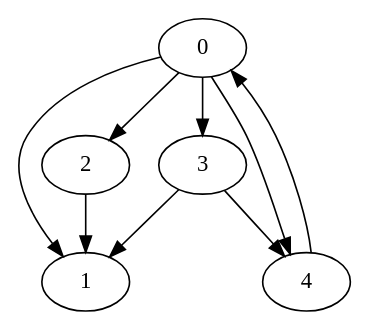
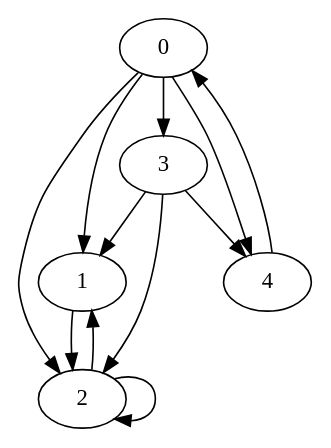
The diagram in output/graph/graph.dot (ToavinaJr/data_structure_graphe), drawn with Graphviz before and after one commit. The commit also changed 5 other files, not shown here.

```diff
--- a/output/graph/graph.dot
+++ b/output/graph/graph.dot
@@ -1,10 +1,13 @@
 digraph G {
     0 -> 1;
     0 -> 2;
     0 -> 3;
     0 -> 4;
+    1 -> 2;
     2 -> 1;
+    2 -> 2;
     3 -> 1;
+    3 -> 2;
     3 -> 4;
     4 -> 0;
 }
```
